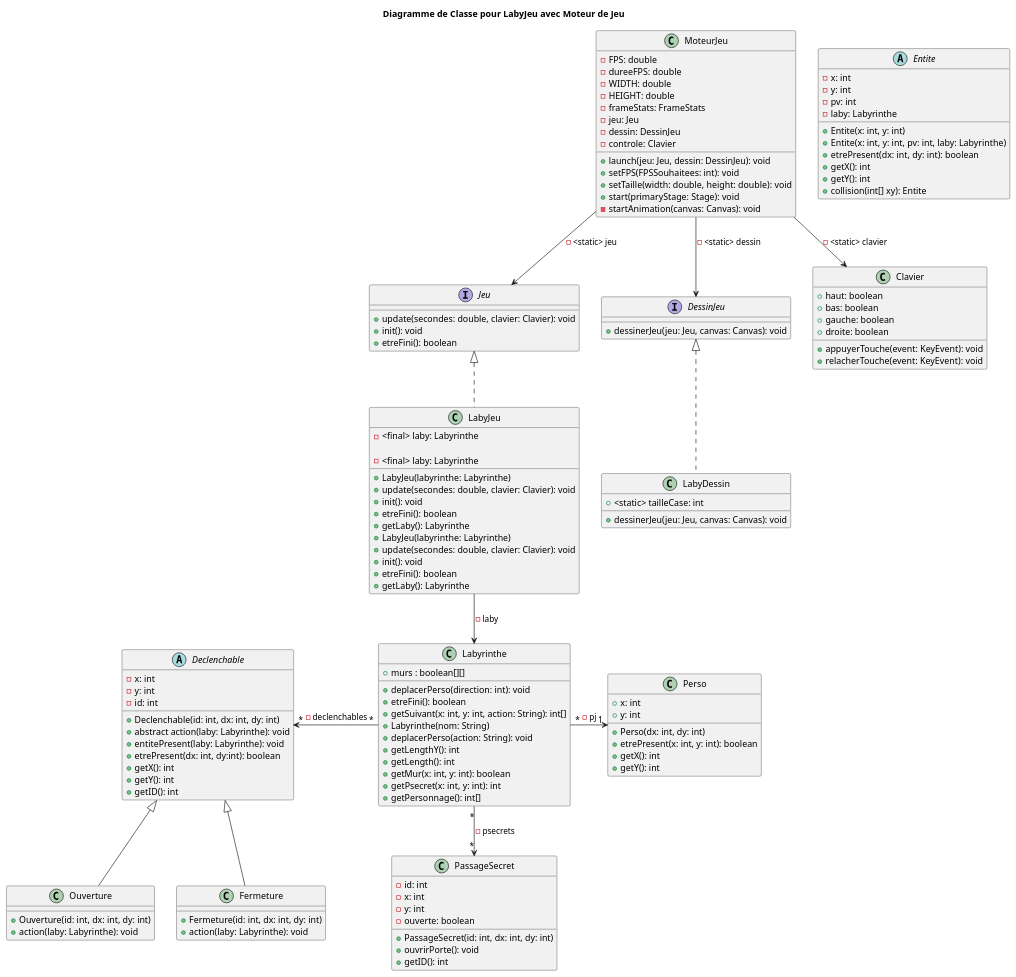
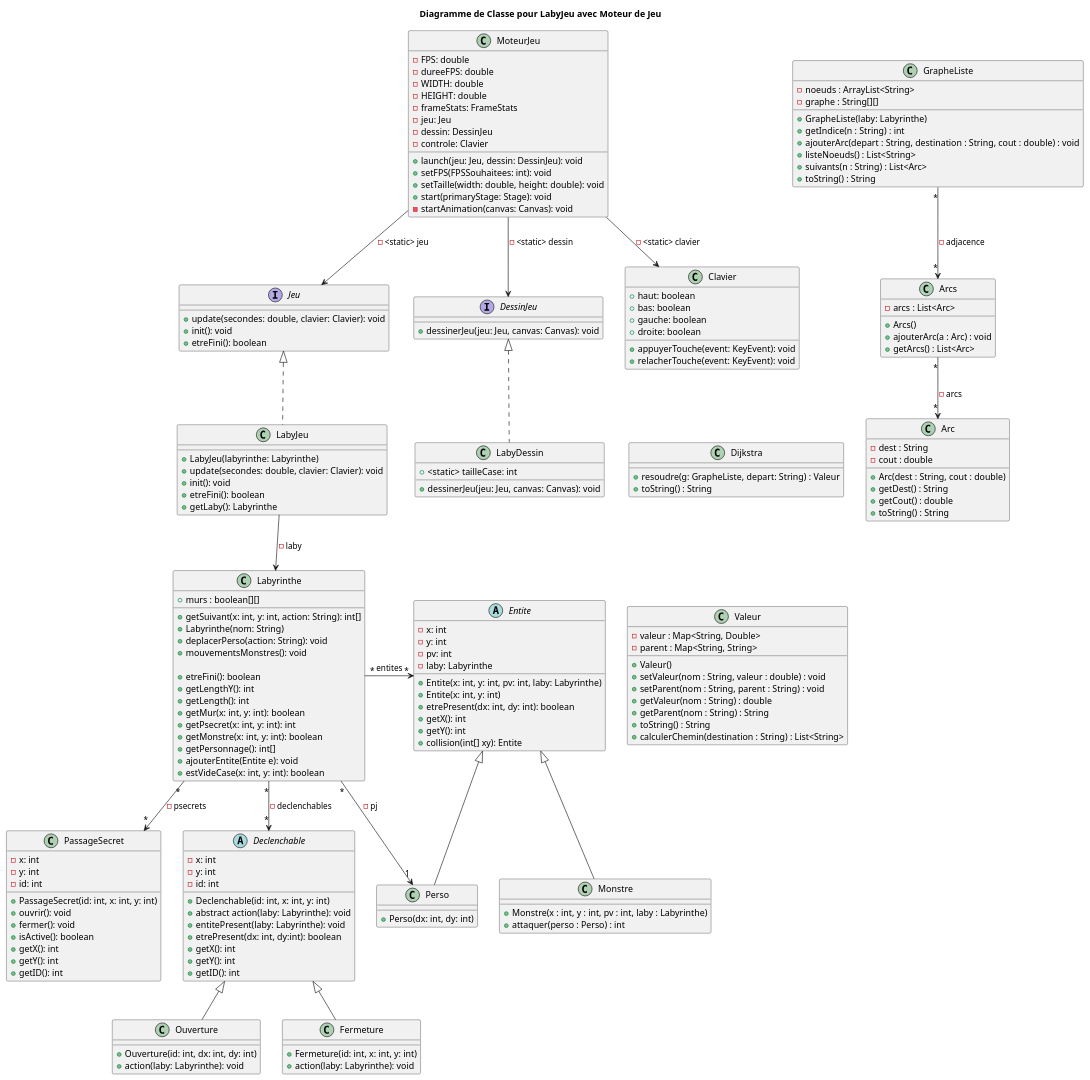
One commit to adrienMGN/2024_Zeldiablo_mangin225u_dewasch2u_favier36u_fontaine_noel332u changed the diagram in zeldiablo/src/gameLaby/Fonctionnement_Diag.puml. Above: the diagram before and after it, drawn with PlantUML.

Commit message:
diag class v3

```diff
--- a/zeldiablo/src/gameLaby/Fonctionnement_Diag.puml
+++ b/zeldiablo/src/gameLaby/Fonctionnement_Diag.puml
@@ -8,7 +8,6 @@
 }
 
 class LabyJeu {
-    - <final> laby: Labyrinthe
 
     +LabyJeu(labyrinthe: Labyrinthe)
     +update(secondes: double, clavier: Clavier): void
@@ -21,16 +20,6 @@
     +dessinerJeu(jeu: Jeu, canvas: Canvas): void
 }
 
-class LabyJeu {
-    - <final> laby: Labyrinthe
-
-    +LabyJeu(labyrinthe: Labyrinthe)
-    +update(secondes: double, clavier: Clavier): void
-    +init(): void
-    +etreFini(): boolean
-    +getLaby(): Labyrinthe
-}
-
 class LabyDessin {
     +<static> tailleCase: int
     +dessinerJeu(jeu: Jeu, canvas: Canvas): void
@@ -40,16 +29,20 @@
     +murs : boolean[][]
 
 
-    +deplacerPerso(direction: int): void
-    +etreFini(): boolean
     +getSuivant(x: int, y: int, action: String): int[]
     +Labyrinthe(nom: String)
     +deplacerPerso(action: String): void
+    +mouvementsMonstres(): void
+
+    +etreFini(): boolean
     +getLengthY(): int
     +getLength(): int
     +getMur(x: int, y: int): boolean
     +getPsecret(x: int, y: int): int
+    +getMonstre(x: int, y: int): boolean
     +getPersonnage(): int[]
+    +ajouterEntite(Entite e): void
+    +estVideCase(x: int, y: int): boolean
 }
 
 class Clavier {
@@ -76,21 +69,20 @@
     +start(primaryStage: Stage): void
     -startAnimation(canvas: Canvas): void
 }
+class Monstre{
+    + Monstre(x : int, y : int, pv : int, laby : Labyrinthe)
+    + attaquer(perso : Perso) : int
+             }
+class Perso {
 
-class Perso {
-    +x: int
-    +y: int
     +Perso(dx: int, dy: int)
-    +etrePresent(x: int, y: int): boolean
-    +getX(): int
-    +getY(): int
 }
 
 abstract class Declenchable {
     -x: int
     -y: int
     -id: int
-    +Declenchable(id: int, dx: int, dy: int)
+    +Declenchable(id: int, x: int, y: int)
     +abstract action(laby: Labyrinthe): void
     +entitePresent(laby: Labyrinthe): void
     +etrePresent(dx: int, dy:int): boolean
@@ -100,12 +92,15 @@
 }
 
 class PassageSecret{
-    -id: int
     -x: int
     -y: int
-    -ouverte: boolean
-    +PassageSecret(id: int, dx: int, dy: int)
-    +ouvrirPorte(): void
+    -id: int
+    +PassageSecret(id: int, x: int, y: int)
+    +ouvrir(): void
+    +fermer(): void
+    +isActive(): boolean
+    +getX(): int
+    +getY(): int
     +getID(): int
 }
 
@@ -115,7 +110,7 @@
 }
 
 class Fermeture{
-    +Fermeture(id: int, dx: int, dy: int)
+    +Fermeture(id: int, x: int, y: int)
     +action(laby: Labyrinthe): void
 }
 
@@ -124,13 +119,62 @@
     -y: int
     -pv: int
     -laby: Labyrinthe
+    +Entite(x: int, y: int, pv: int, laby: Labyrinthe)
     +Entite(x: int, y: int)
-    +Entite(x: int, y: int, pv: int, laby: Labyrinthe)
     +etrePresent(dx: int, dy: int): boolean
     +getX(): int
     +getY(): int
     +collision(int[] xy): Entite
 }
+
+class Arc{
+    - dest : String
+    - cout : double
+
+    + Arc(dest : String, cout : double)
+    + getDest() : String
+    + getCout() : double
+    + toString() : String
+}
+class Arcs{
+        - arcs : List<Arc>
+
+        + Arcs()
+        + ajouterArc(a : Arc) : void
+        + getArcs() : List<Arc>
+    }
+
+
+class Dijkstra{
+    +resoudre(g: GrapheListe, depart: String) : Valeur
+    +toString() : String
+              }
+class GrapheListe{
+    - noeuds : ArrayList<String>
+    - graphe : String[][]
+
+    + GrapheListe(laby: Labyrinthe)
+    + getIndice(n : String) : int
+    + ajouterArc(depart : String, destination : String, cout : double) : void
+    + listeNoeuds() : List<String>
+    + suivants(n : String) : List<Arc>
+    + toString() : String
+                 }
+
+class Valeur{
+    - valeur : Map<String, Double>
+    - parent : Map<String, String>
+
+    + Valeur()
+    + setValeur(nom : String, valeur : double) : void
+    + setParent(nom : String, parent : String) : void
+    + getValeur(nom : String) : double
+    + getParent(nom : String) : String
+    + toString() : String
+    + calculerChemin(destination : String) : List<String>
+            }
+
+
 
 Jeu <|.. LabyJeu
 LabyJeu --> Labyrinthe : -laby
@@ -138,9 +182,25 @@
 MoteurJeu --> DessinJeu : -<static> dessin
 MoteurJeu --> Clavier : -<static> clavier
 DessinJeu <|.. LabyDessin
-Labyrinthe "*"->"1" Perso : -pj
+Labyrinthe "*"-->"1" Perso : -pj
   Labyrinthe "*"-->"*" PassageSecret : -psecrets
-Declenchable "*"<-"*" Labyrinthe : -declenchables
+Declenchable "*"<-u-"*" Labyrinthe : -declenchables
  Declenchable <|-- Ouverture
  Declenchable <|-- Fermeture
+
+LabyDessin -[hidden]> Dijkstra
+Dijkstra -[hidden]-> Valeur
+'Perso -[hidden]> GrapheListe
+GrapheListe "*"-->"*" Arcs : - adjacence
+Arcs "*"-->"*" Arc : - arcs
+Perso -u-|> Entite
+Monstre -u-|> Entite
+
+Labyrinthe "*"-> "*" Entite : entites
+
+
+
+
+
+
 @enduml
```
